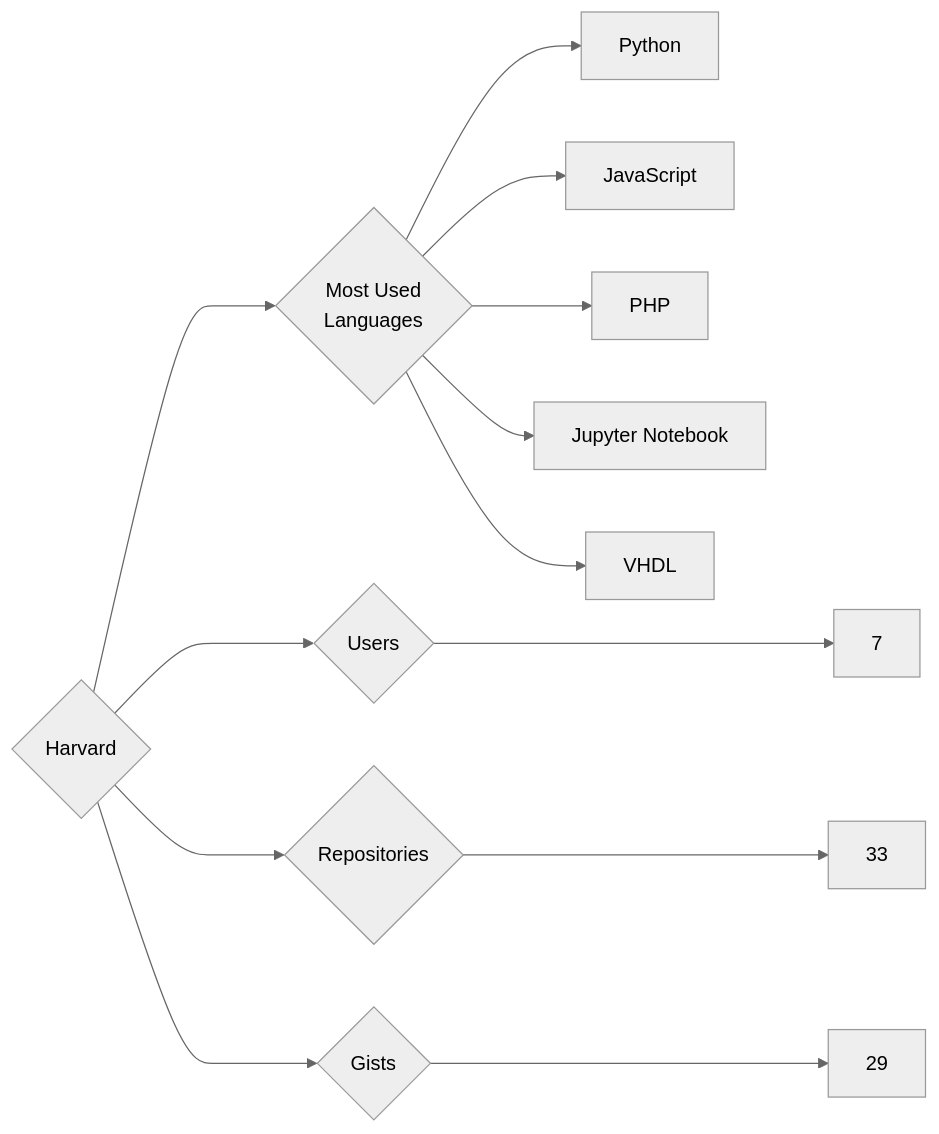
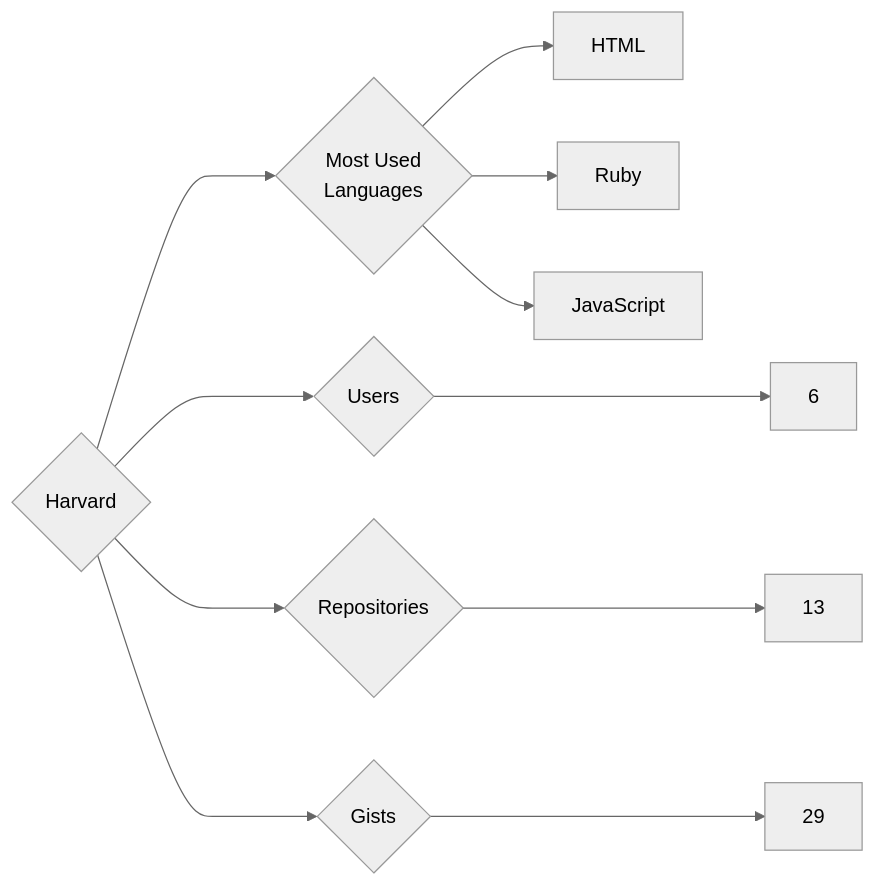
Before and after one commit to trickest/insiders: the diagram in targets/Harvard/README.md, drawn with Mermaid (neutral theme). The commit also changed 1175 other files, not shown here.

````diff
--- a/targets/Harvard/README.md
+++ b/targets/Harvard/README.md
@@ -3,13 +3,11 @@
 ```mermaid
 graph LR
 COMPANY_NAME{Harvard}
-COMPANY_NAME ---> U{Users} ---> UN[7]
-COMPANY_NAME ---> R{Repositories} ---> RN[33]
+COMPANY_NAME ---> U{Users} ---> UN[6]
+COMPANY_NAME ---> R{Repositories} ---> RN[13]
 COMPANY_NAME ---> G{Gists} ---> GN[29]
 COMPANY_NAME ---> ML{Most Used<br>Languages}
-ML --> Python[Python]
+ML --> HTML[HTML]
+ML --> Ruby[Ruby]
 ML --> JavaScript[JavaScript]
-ML --> PHP[PHP]
-ML --> Jupyter_Notebook[Jupyter Notebook]
-ML --> VHDL[VHDL]
 ```
````
